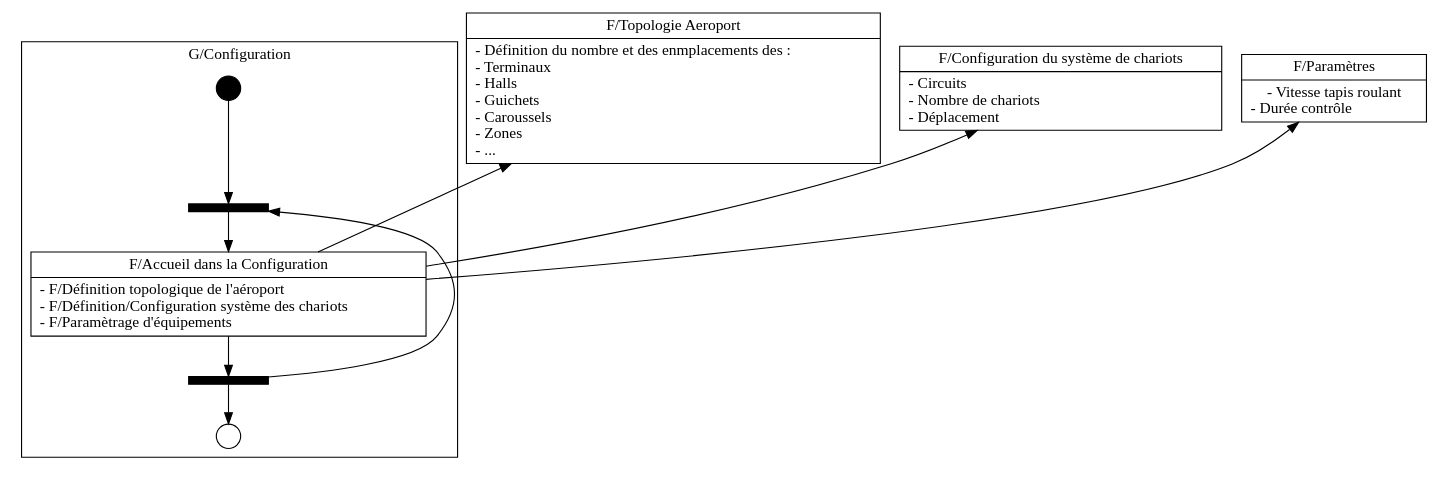
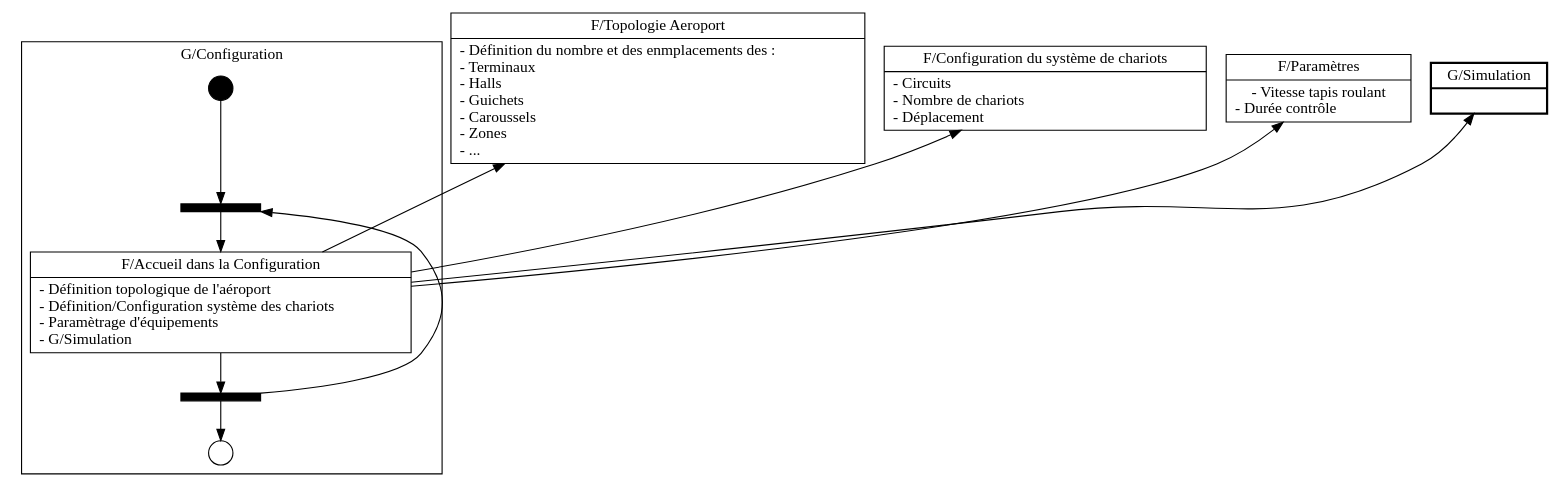
The diagram in DEF/src/img/Configuration-full.dot (modSquad/ihm), drawn with Graphviz before and after one commit. The commit also changed 15 other files, not shown here.

```diff
--- a/DEF/src/img/Configuration-full.dot
+++ b/DEF/src/img/Configuration-full.dot
@@ -1,81 +1,87 @@
 digraph {
 	
 	fontname = "Bitstream Vera Sans"
 	
 	node [
 		fontname = "Bitstream Vera Sans"
 		shape = "record"
 	]
 	
 	edge [
 		fontname = "Bitstream Vera Sans"
 	]
 
 	subgraph clusterConfiguration {
 		label = "G/Configuration"
 		
 		begin [
 			label = ""
 			shape = circle
 			style = filled
 			fillcolor = "#000000"
 			fixedsize = true
 			width = 0.3
 		]
 
 		end [
 			label = ""
 			shape = circle
 			fixedsize = true
 			width = 0.3
 		]
 				
 		up [
 			label = ""
 			shape = rectangle
 			style = filled
 			fillcolor = "#000000"
 			fixedsize = true
 			width = 1
 			height = 0.1
 		]
 	
 		down [
 			label = ""
 			shape = rectangle
 			style = filled
 			fillcolor = "#000000"
 			fixedsize = true
 			width = 1
 			height = 0.1
 		]
 		
 		AccueilConfiguration [
-			label = "{F/Accueil dans la Configuration|- F/Définition topologique de l'aéroport\l- F/Définition/Configuration système des chariots\l- F/Paramètrage d'équipements\l}"
+			label = "{F/Accueil dans la Configuration|- Définition topologique de l'aéroport\l- Définition/Configuration système des chariots\l- Paramètrage d'équipements\l- G/Simulation\l}"
 		]
 	}
 
 	TopologieAeroport [
 		label = "{F/Topologie Aeroport|- Définition du nombre et des enmplacements des :\l	- Terminaux\l	- Halls\l	- Guichets\l	- Caroussels\l	- Zones\l	- ... \l}"
 	]
 
 	ConfSystChar [
 		label = "{F/Configuration du système de chariots|- Circuits\l- Nombre de chariots\l- Déplacement\l}"
 	]
 
 	Paramètres [
 		label = "{F/Paramètres|- Vitesse tapis roulant\n- Durée contrôle\l}"
 	]
 
+	Simulation [
+		label = "{G/Simulation|}"
+		penwidth = 2.0
+	]
+
 	begin -> up
 	
 	up -> AccueilConfiguration -> down
 	
 	AccueilConfiguration -> TopologieAeroport [ constraint = false ]
 	AccueilConfiguration -> ConfSystChar [ constraint = false ]
 	AccueilConfiguration -> Paramètres [ constraint = false ]
+	AccueilConfiguration -> Simulation [ constraint = false ]
 	
 	down -> up [ constraint = false ]
 	down -> end
 	
 }
```
